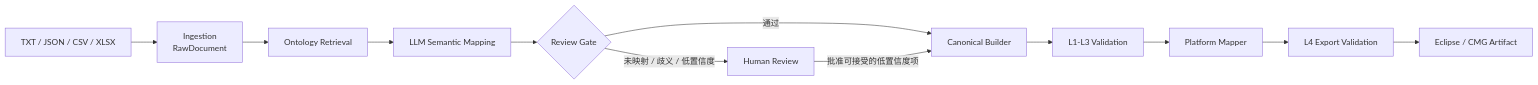
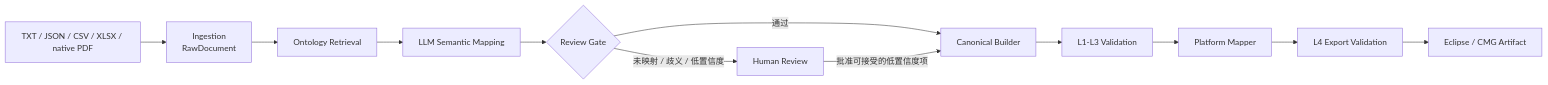
The diagram in README.md (StevenMa616777/Ontology-Driven-Reservoir-Data-Translator), drawn with Mermaid before and after one commit. The commit also changed other lines of this file and 17 other files, not shown here.

````diff
--- a/README.md
+++ b/README.md
@@ -26,14 +27,14 @@
 ```mermaid
 flowchart LR
-    A[TXT / JSON / CSV / XLSX] --> B[Ingestion<br/>RawDocument]
+    A[TXT / JSON / CSV / XLSX / native PDF] --> B[Ingestion<br/>RawDocument]
     B --> C[Ontology Retrieval]
     C --> D[LLM Semantic Mapping]
     D --> E{Review Gate}
     E -->|未映射 / 歧义 / 低置信度| F[Human Review]
     E -->|通过| G[Canonical Builder]
     F -->|批准可接受的低置信度项| G
     G --> H[L1-L3 Validation]
     H --> I[Platform Mapper]
     I --> J[L4 Export Validation]
     J --> K[Eclipse / CMG Artifact]
 ```
````
